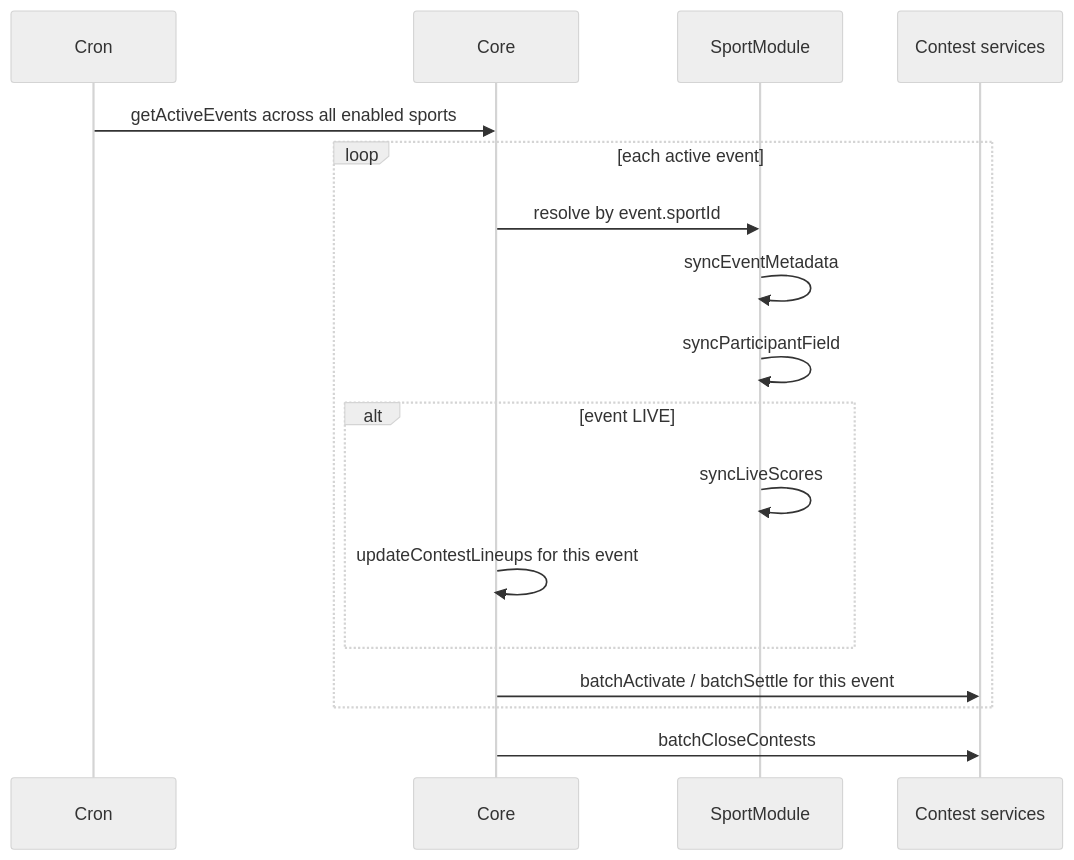
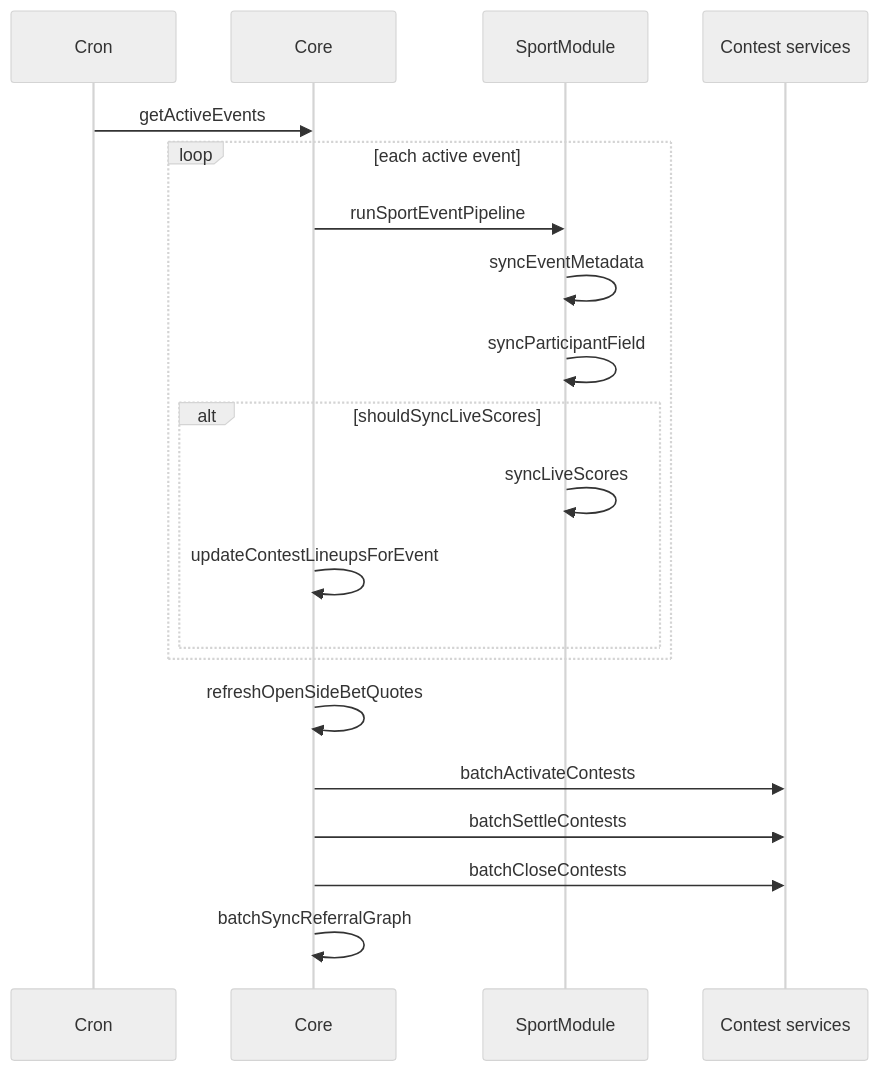
Before and after one commit to MagRelo/cut: the second of 2 diagrams in PLATFORM_ARCHITECTURE.md, drawn with Mermaid (neutral theme). The commit also changed other lines of this file and 17 other files, not shown here.

First line of the commit message:
Refactor cron job architecture and enhance event processing

````diff
--- a/PLATFORM_ARCHITECTURE.md
+++ b/PLATFORM_ARCHITECTURE.md
@@ -191,20 +191,23 @@
 ```mermaid
 sequenceDiagram
   participant Cron
   participant Core
   participant Plugin as SportModule
   participant Contest as Contest services
 
-  Cron->>Core: getActiveEvents across all enabled sports
+  Cron->>Core: getActiveEvents
   loop each active event
-    Core->>Plugin: resolve by event.sportId
+    Core->>Plugin: runSportEventPipeline
     Plugin->>Plugin: syncEventMetadata
     Plugin->>Plugin: syncParticipantField
-    alt event LIVE
+    alt shouldSyncLiveScores
       Plugin->>Plugin: syncLiveScores
-      Core->>Core: updateContestLineups for this event
+      Core->>Core: updateContestLineupsForEvent
     end
-    Core->>Contest: batchActivate / batchSettle for this event
   end
+  Core->>Core: refreshOpenSideBetQuotes
+  Core->>Contest: batchActivateContests
+  Core->>Contest: batchSettleContests
   Core->>Contest: batchCloseContests
+  Core->>Core: batchSyncReferralGraph
 ```
````
